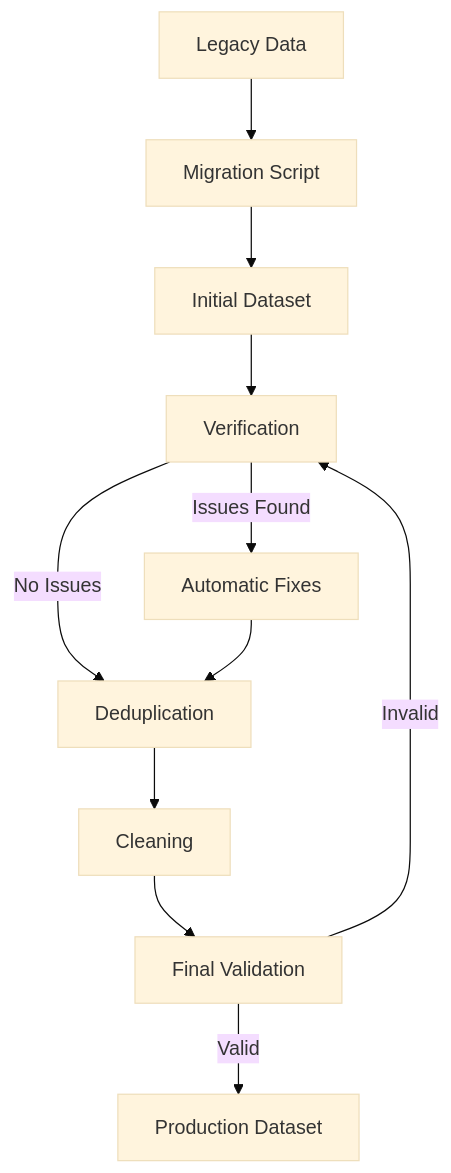
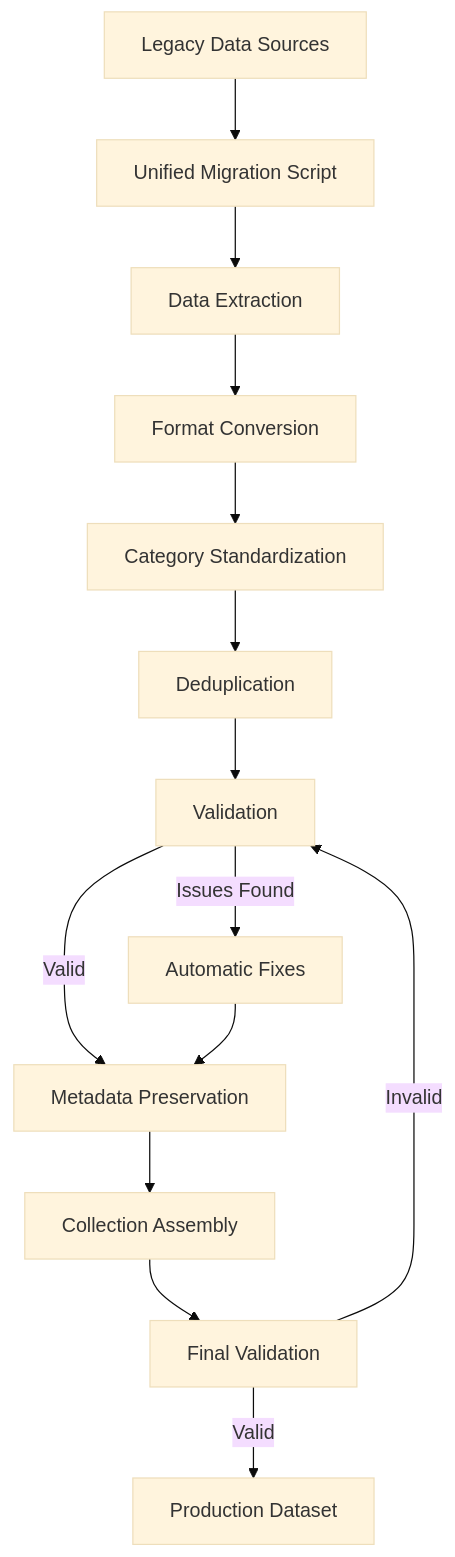
The first of 3 diagrams in docs/development/DATA_MIGRATION.md (YungSeepferd/BulgarianGermanLearningApp), drawn with Mermaid (base theme) before and after one commit. The commit also changed other lines of this file and 233 other files, not shown here.

````diff
--- a/docs/development/DATA_MIGRATION.md
+++ b/docs/development/DATA_MIGRATION.md
@@ -181,13 +242,16 @@
 ```mermaid
 graph TD
-    A[Legacy Data] --> B[Migration Script]
-    B --> C[Initial Dataset]
-    C --> D[Verification]
-    D -->|Issues Found| E[Automatic Fixes]
-    D -->|No Issues| F[Deduplication]
-    E --> F
-    F --> G[Cleaning]
-    G --> H[Final Validation]
-    H -->|Valid| I[Production Dataset]
-    H -->|Invalid| D
+    A[Legacy Data Sources] --> B[Unified Migration Script]
+    B --> C[Data Extraction]
+    C --> D[Format Conversion]
+    D --> E[Category Standardization]
+    E --> F[Deduplication]
+    F --> G[Validation]
+    G -->|Issues Found| H[Automatic Fixes]
+    G -->|Valid| I[Metadata Preservation]
+    H --> I
+    I --> J[Collection Assembly]
+    J --> K[Final Validation]
+    K -->|Valid| L[Production Dataset]
+    K -->|Invalid| G
 ```
````
